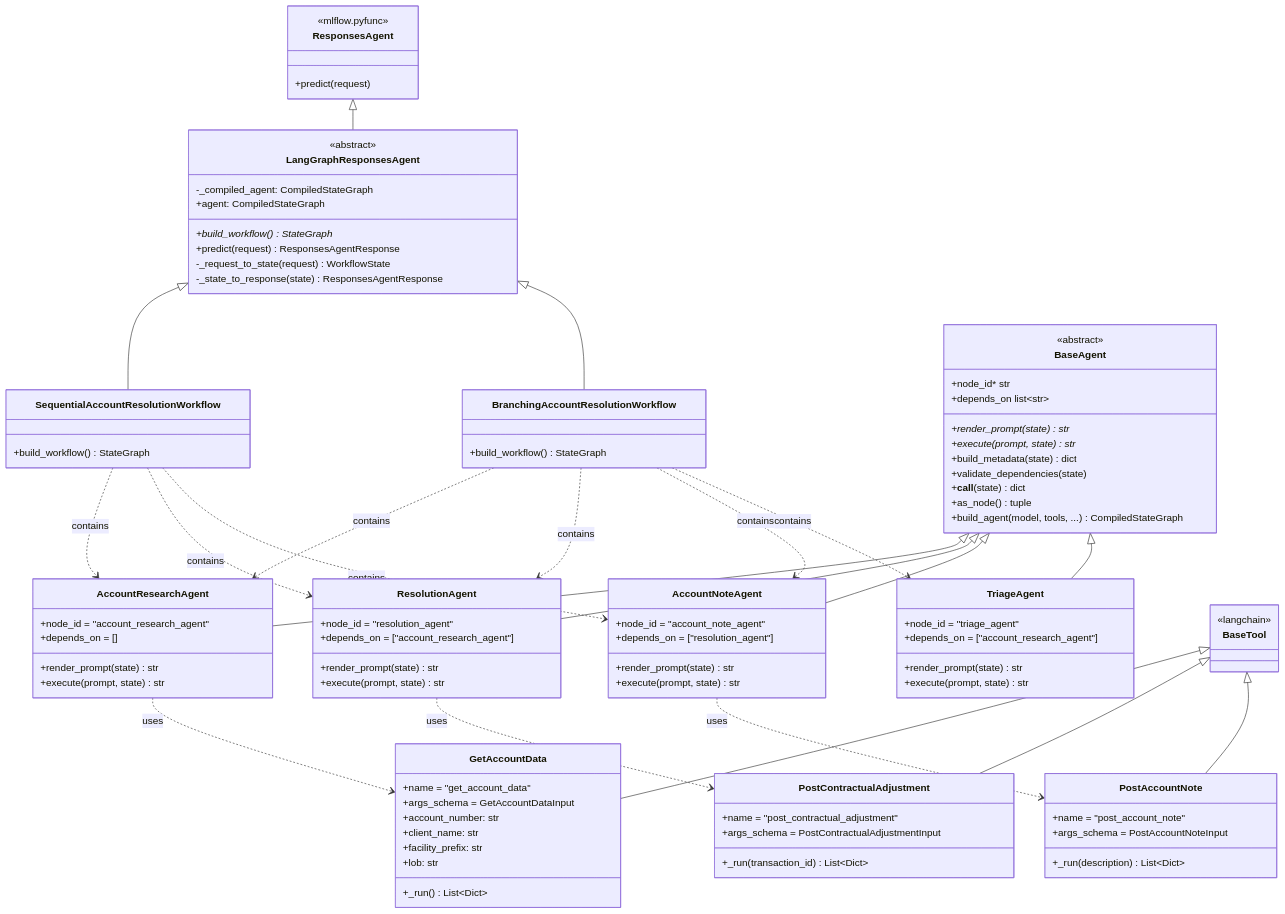
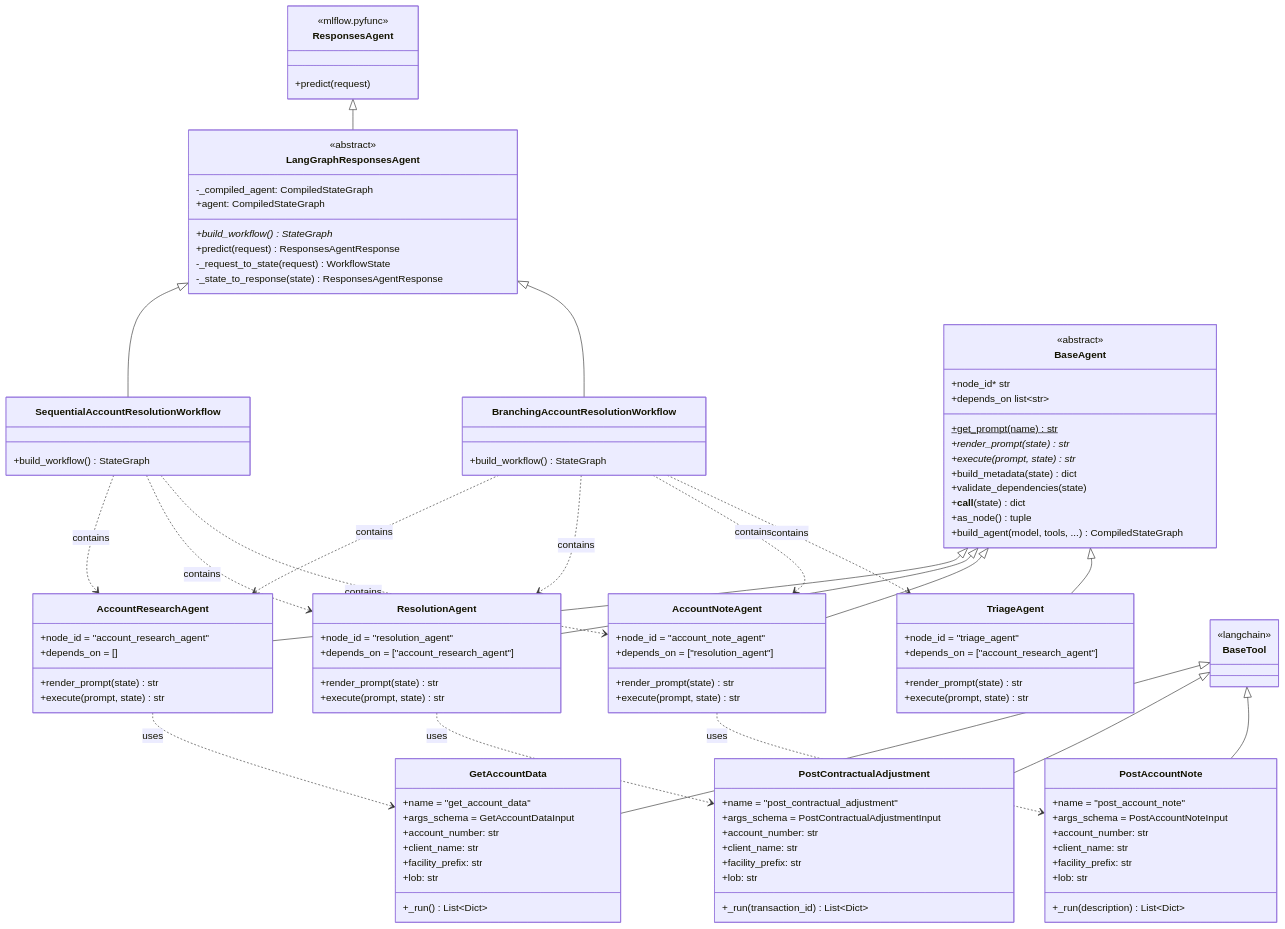
One commit to neelcohere/ensemble-phase-2-poc changed the diagram in README.md. Above: the diagram before and after it, drawn with Mermaid. The commit also changed other lines of this file, not shown here.

Commit message:
updated mermaid in main readme

```diff
--- a/README.md
+++ b/README.md
@@ -29,6 +29,7 @@
         <<abstract>>
         +node_id* str
         +depends_on list~str~
+        +get_prompt(name)$ str
         +render_prompt(state)* str
         +execute(prompt, state)* str
         +build_metadata(state) dict
@@ -83,12 +84,20 @@
     class PostContractualAdjustment {
         +name = "post_contractual_adjustment"
         +args_schema = PostContractualAdjustmentInput
+        +account_number: str
+        +client_name: str
+        +facility_prefix: str
+        +lob: str
         +_run(transaction_id) List~Dict~
     }
 
     class PostAccountNote {
         +name = "post_account_note"
         +args_schema = PostAccountNoteInput
+        +account_number: str
+        +client_name: str
+        +facility_prefix: str
+        +lob: str
         +_run(description) List~Dict~
     }
 
```
